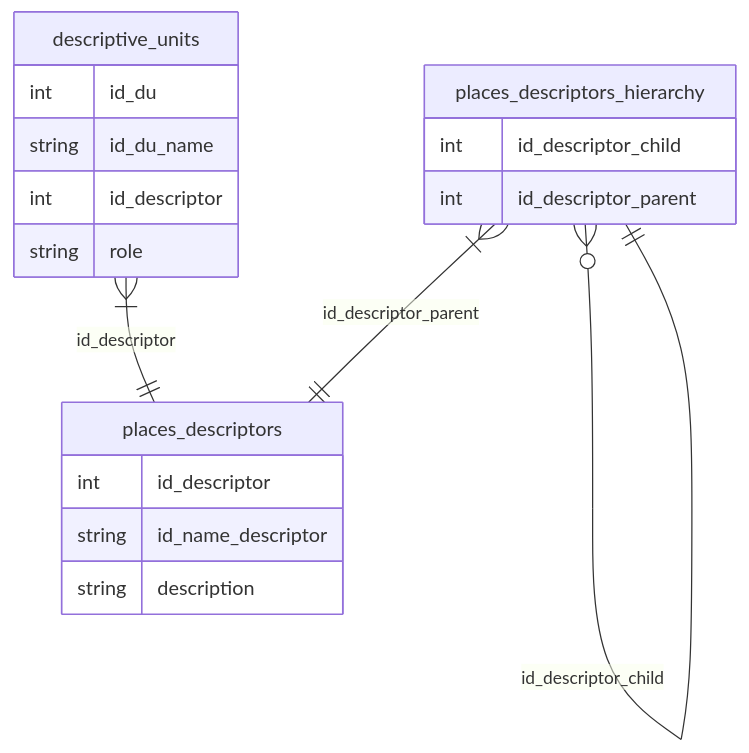
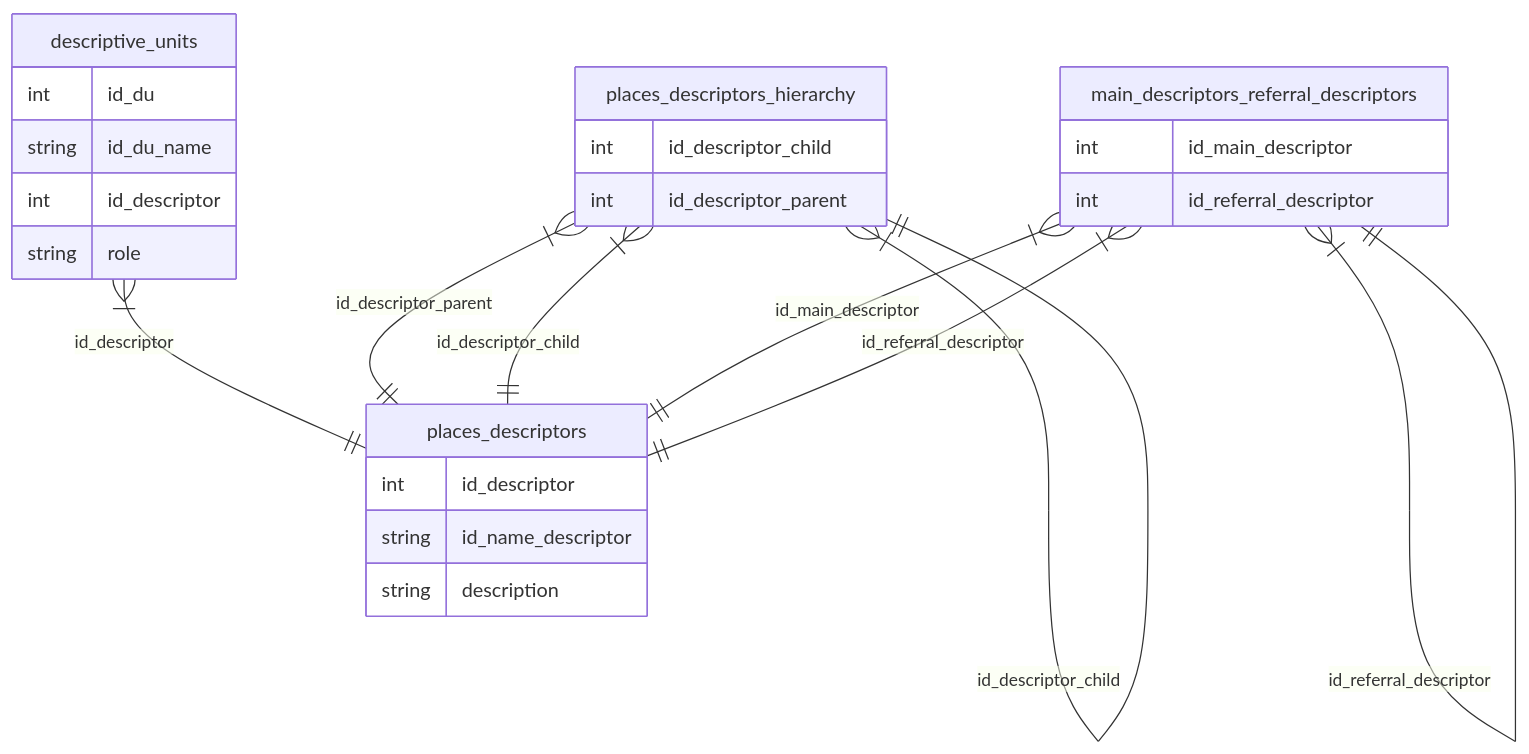
The diagram in data/README.md (burgerbibliothek/glamhack26), drawn with Mermaid before and after one commit. The commit also changed other lines of this file, not shown here.

````diff
--- a/data/README.md
+++ b/data/README.md
@@ -6,21 +7,29 @@
 ```mermaid
 erDiagram
     descriptive_units }|--|| places_descriptors : id_descriptor
     places_descriptors_hierarchy }|--|| places_descriptors : id_descriptor_parent
-    places_descriptors_hierarchy }o--|| places_descriptors_hierarchy : id_descriptor_child
+    places_descriptors_hierarchy }|--|| places_descriptors : id_descriptor_child
+    places_descriptors_hierarchy }|--|| places_descriptors_hierarchy : id_descriptor_child
+    main_descriptors_referral_descriptors }|--|| places_descriptors : id_main_descriptor
+    main_descriptors_referral_descriptors }|--|| places_descriptors : id_referral_descriptor
+    main_descriptors_referral_descriptors }|--|| main_descriptors_referral_descriptors : id_referral_descriptor
     descriptive_units {
         int id_du
         string id_du_name
         int id_descriptor
         string role
     }
     places_descriptors {
         int id_descriptor
         string id_name_descriptor
         string description
     }
+    main_descriptors_referral_descriptors{
+        int id_main_descriptor
+        int id_referral_descriptor
+    }
     places_descriptors_hierarchy{
         int id_descriptor_child
         int id_descriptor_parent
     }
 ```
````
